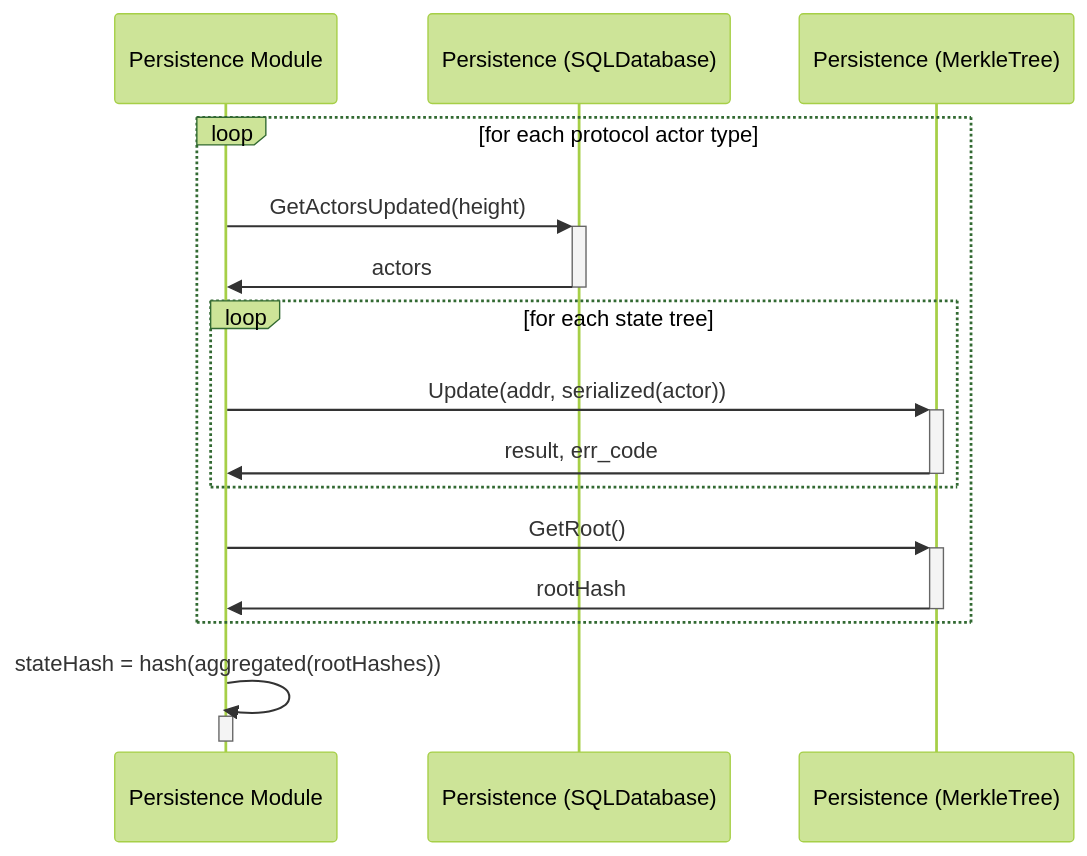
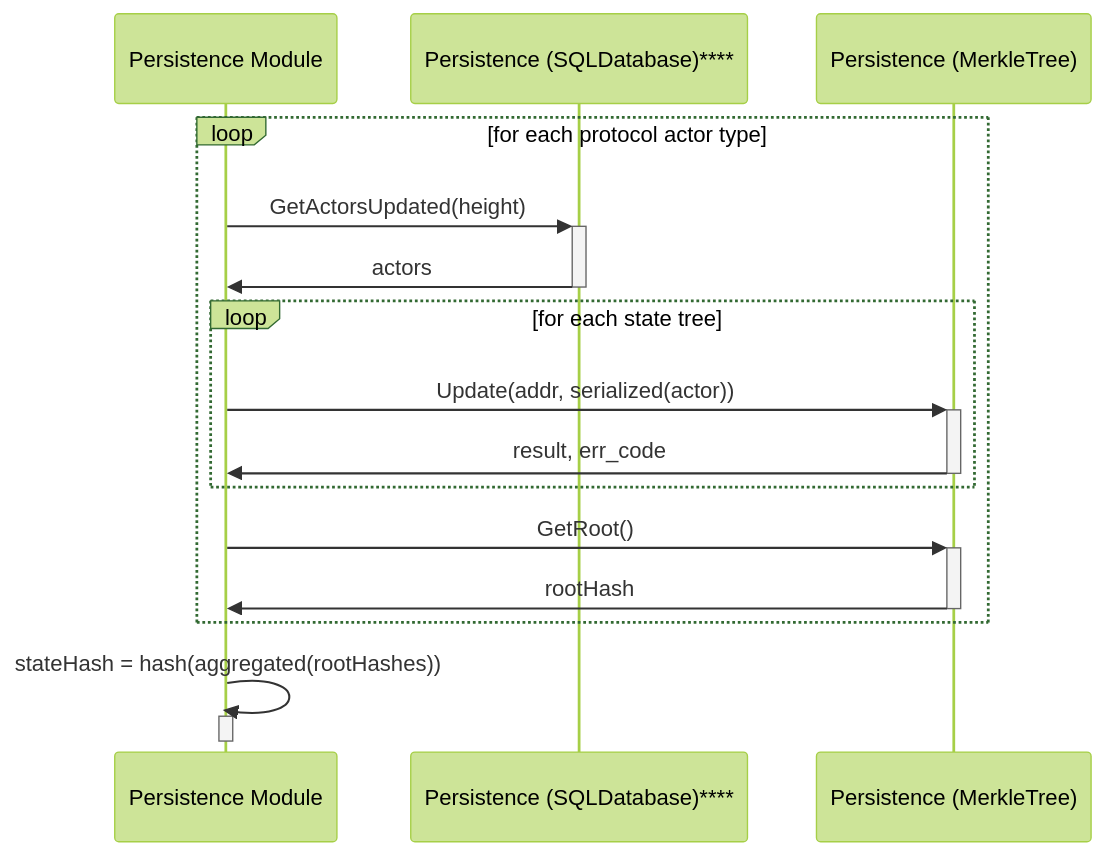
Before and after one commit to pokt-network/pocket: the first of 2 diagrams in persistence/docs/PROTOCOL_STATE_HASH.md, drawn with Mermaid (forest theme). The commit also changed other lines of this file and 14 other files, not shown here.

````diff
--- a/persistence/docs/PROTOCOL_STATE_HASH.md
+++ b/persistence/docs/PROTOCOL_STATE_HASH.md
@@ -11,21 +38,21 @@
 ```mermaid
 sequenceDiagram
     participant P as Persistence Module
-    participant PP as Persistence (SQLDatabase)
+    participant PP as Persistence (SQLDatabase)****
     participant PM as Persistence (MerkleTree)
 
     loop for each protocol actor type
         P->>+PP: GetActorsUpdated(height)
         PP->>-P: actors
         loop for each state tree
             P->>+PM: Update(addr, serialized(actor))
             PM->>-P: result, err_code
         end
         P->>+PM: GetRoot()
         PM->>-P: rootHash
     end
 
     P->>P: stateHash = hash(aggregated(rootHashes))
     activate P
     deactivate P
 ```
````
